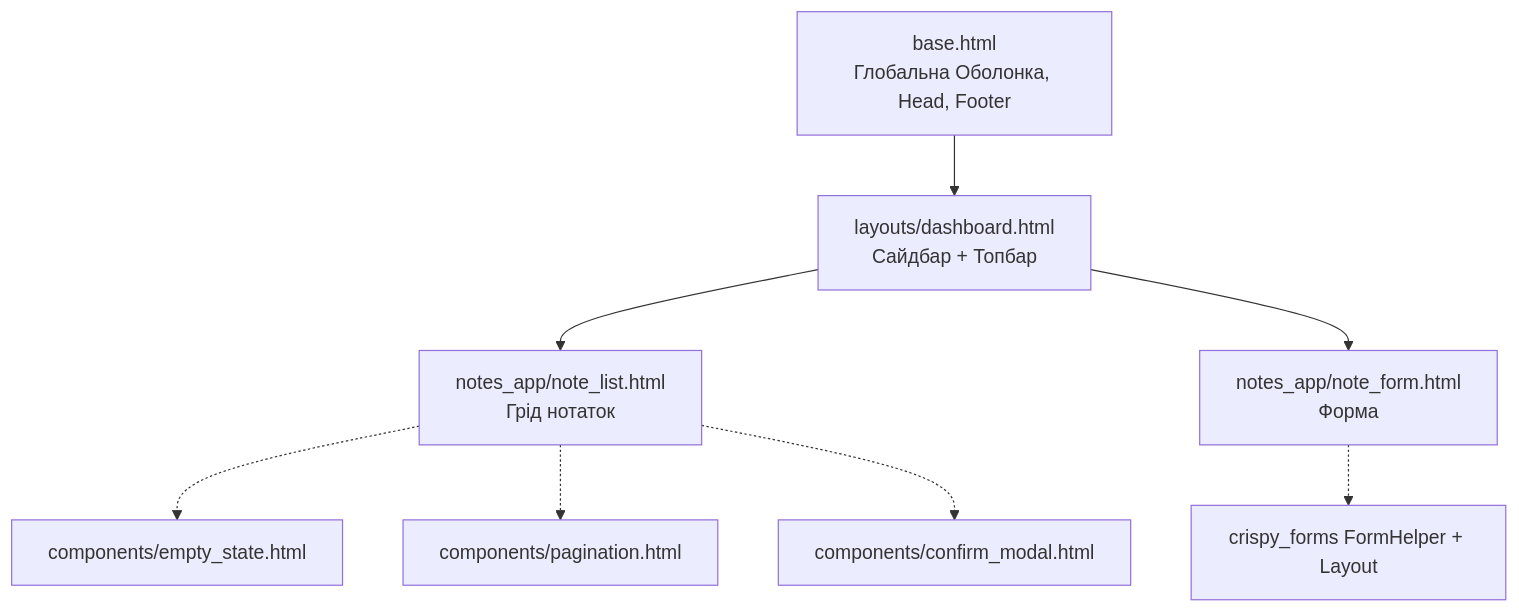
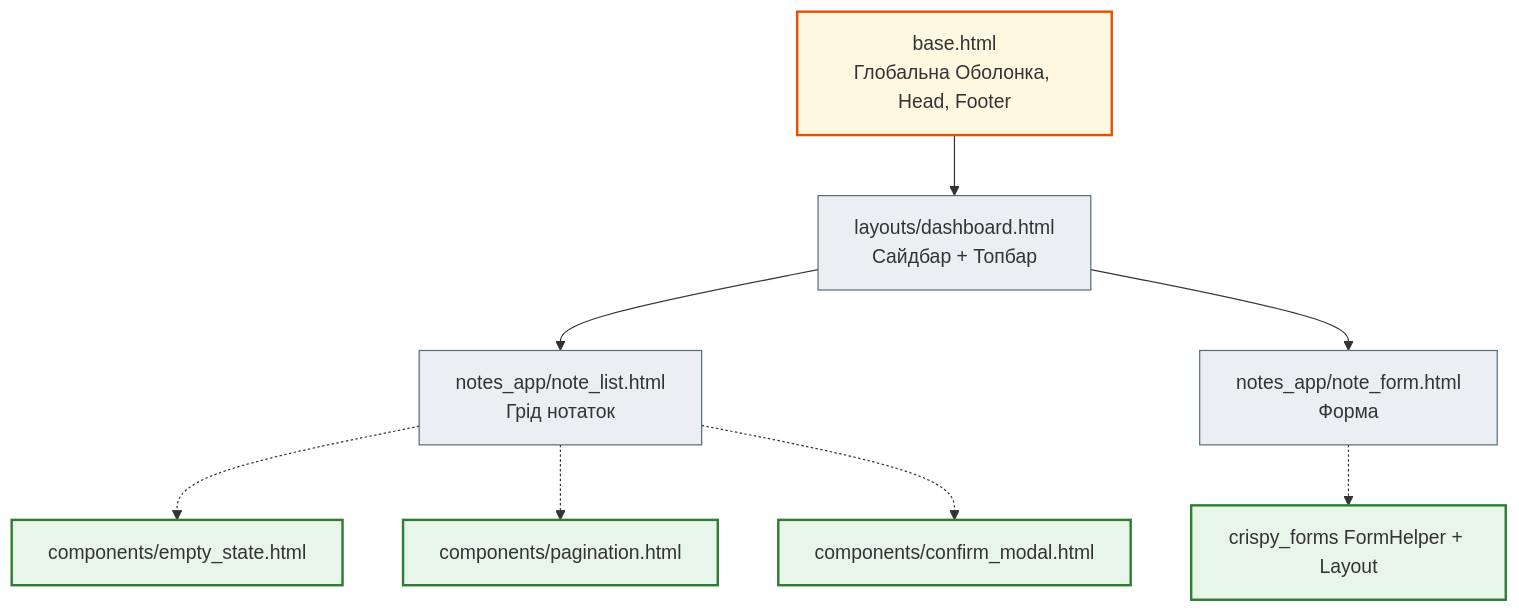
The third of 11 diagrams in docs/05_frontend_and_templates/design_foundations_full.md (NikoriakViktot/notes_chat_app), drawn with Mermaid before and after one commit. The commit also changed other lines of this file and 441 other files, not shown here.

First line of the commit message:
Add English version of the book, Mermaid standard, docs fixes

````diff
--- a/docs/05_frontend_and_templates/design_foundations_full.md
+++ b/docs/05_frontend_and_templates/design_foundations_full.md
@@ -184,10 +196,17 @@
 ```mermaid
 graph TD
     A["base.html<br>Глобальна Оболонка, Head, Footer"] --> B["layouts/dashboard.html<br>Сайдбар + Топбар"]
     B --> C["notes_app/note_list.html<br>Грід нотаток"]
     B --> D["notes_app/note_form.html<br>Форма"]
     C -.-> E["components/empty_state.html"]
     C -.-> F["components/pagination.html"]
     C -.-> G["components/confirm_modal.html"]
     D -.-> H["crispy_forms FormHelper + Layout"]
+
+    classDef step     fill:#eceff1,stroke:#546e7a,stroke-width:1px;
+    classDef success  fill:#e8f5e9,stroke:#2e7d32,stroke-width:2px;
+    classDef warning  fill:#fff8e1,stroke:#e65100,stroke-width:2px;
+    class B,C,D step;
+    class E,F,G,H success;
+    class A warning;
 ```
````
